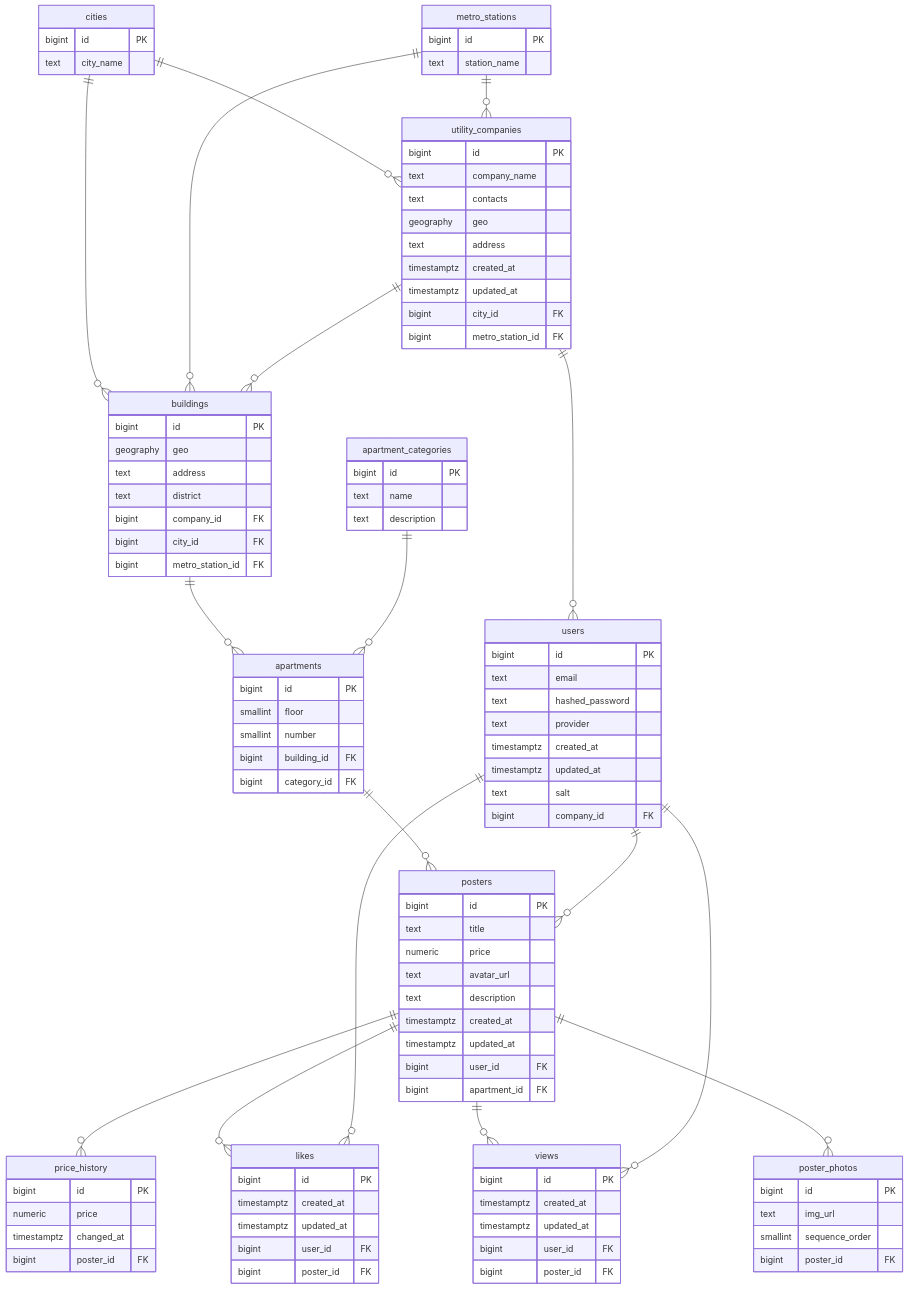
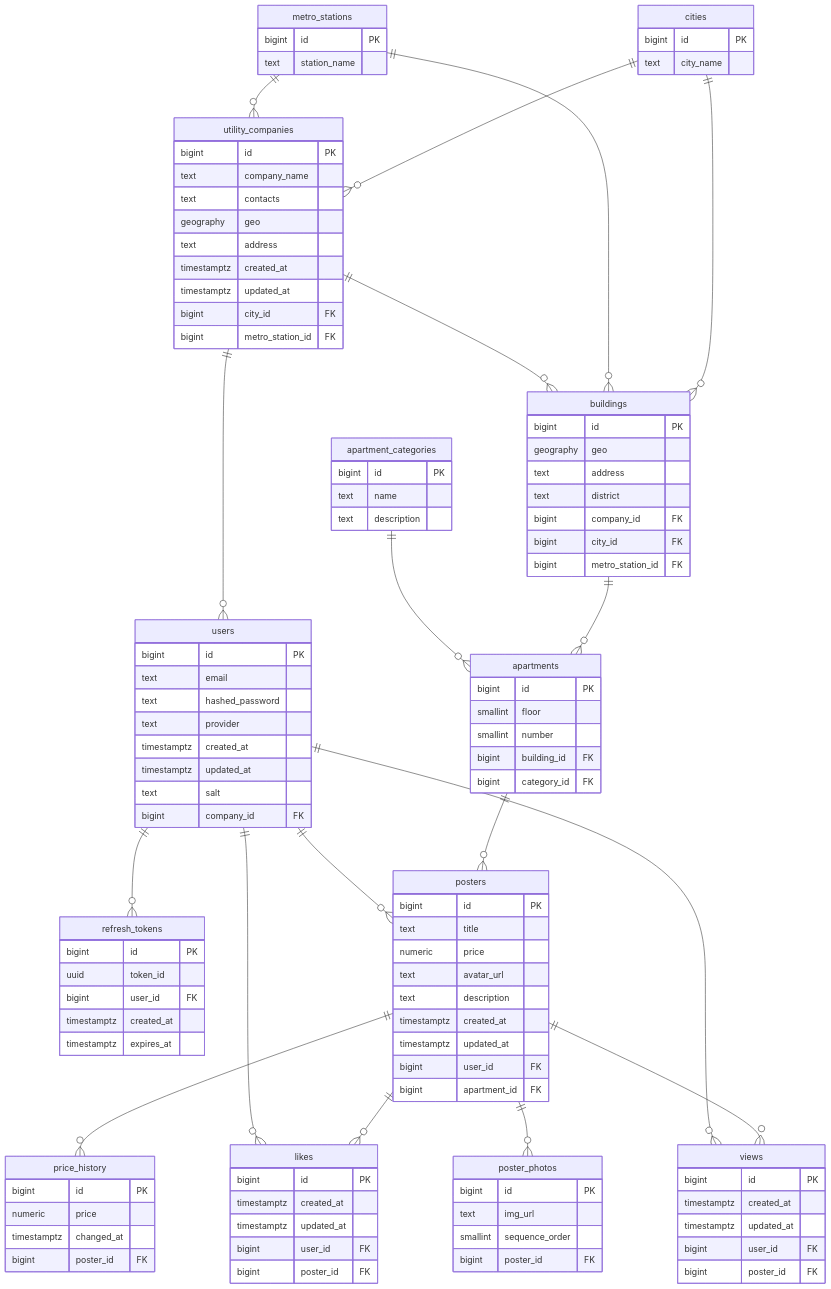
One commit to go-park-mail-ru/2026_1_TheBugs changed the diagram in db/normalized/relations.md. Above: the diagram before and after it, drawn with Mermaid. The commit also changed other lines of this file and 1 other file, not shown here.

Commit message:
добавил рефреш токены

```diff
--- a/db/normalized/relations.md
+++ b/db/normalized/relations.md
@@ -193,7 +201,13 @@
         bigint city_id FK
         bigint metro_station_id FK
     }
-
+    refresh_tokens{
+        bigint id PK
+        uuid token_id
+        bigint user_id FK
+        timestamptz created_at
+        timestamptz expires_at
+    }
     users {
         bigint id PK
         text email
@@ -281,6 +295,7 @@
     apartment_categories ||--o{ apartments : ""
     apartments ||--o{ posters : ""
     users ||--o{ posters : ""
+    users ||--o{ refresh_tokens: ""
     posters ||--o{ price_history : ""
     posters ||--o{ likes : ""
     posters ||--o{ views : ""
```
